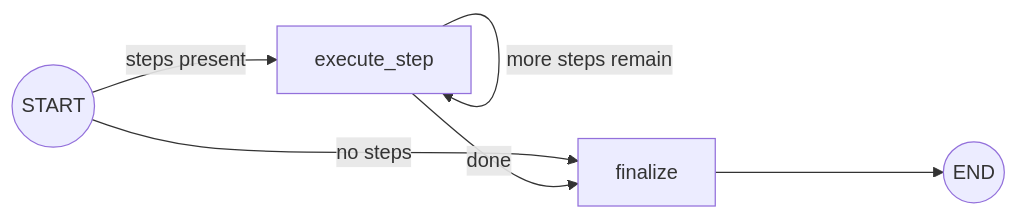
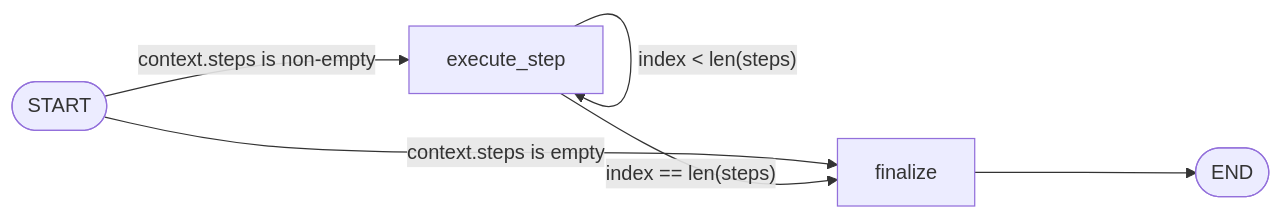
The first of 3 diagrams in src/23_executor_agent/README.md (xergioalex/agent-lab), drawn with Mermaid before and after one commit. The commit also changed other lines of this file and 64 other files, not shown here.

First line of the commit message:
docs(docs): premium Mermaid diagram pass on all 64 module READMEs

````diff
--- a/src/23_executor_agent/README.md
+++ b/src/23_executor_agent/README.md
@@ -43,8 +43,8 @@
 ```mermaid
-graph LR
-    START((START)) -->|steps present| execute_step[execute_step]
-    START -->|no steps| finalize[finalize]
-    execute_step -->|more steps remain| execute_step
-    execute_step -->|done| finalize
-    finalize --> END((END))
+flowchart LR
+    START(["START"]) -->|"context.steps is non-empty"| execute_step["execute_step"]
+    START -->|"context.steps is empty"| finalize["finalize"]
+    execute_step -->|"index < len(steps)"| execute_step
+    execute_step -->|"index == len(steps)"| finalize
+    finalize --> END(["END"])
 ```
````
